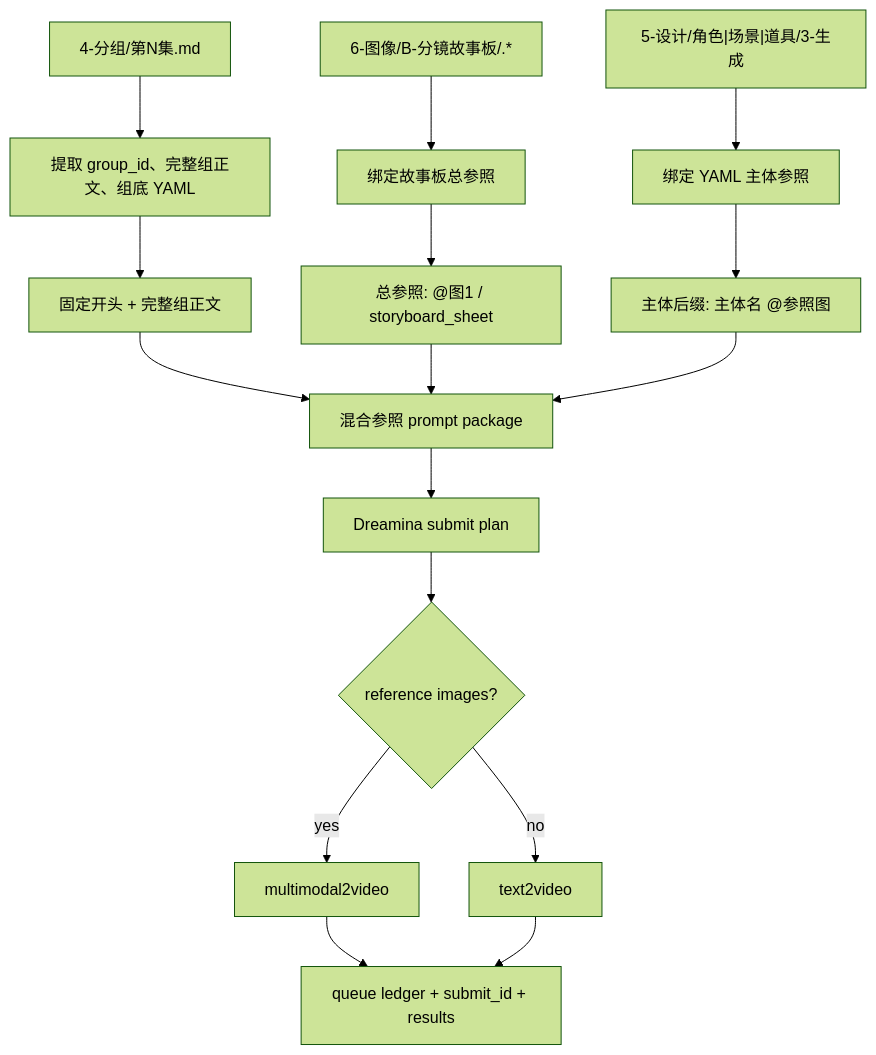
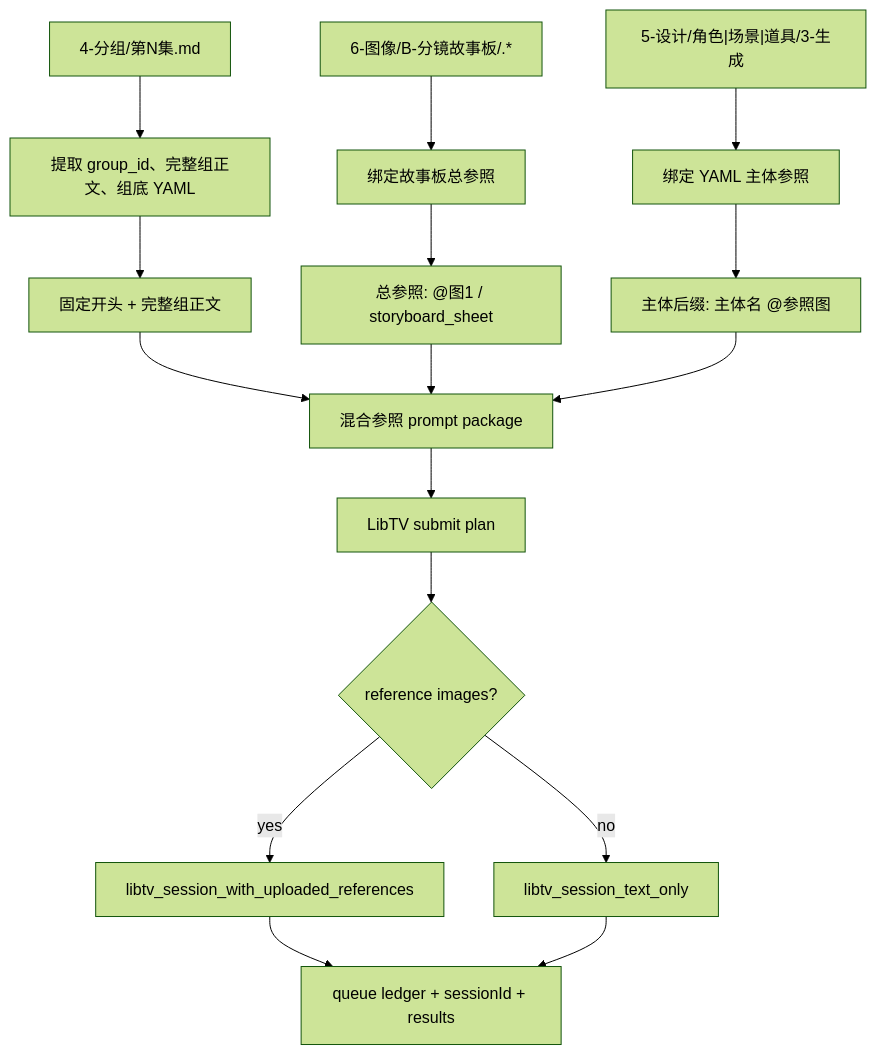
The diagram in .agents/skills/aigc/7-视频/D-主板混合参照/SKILL.md (ZEN-VOID/AI-CUT), drawn with Mermaid (forest theme) before and after one commit. The commit also changed other lines of this file and 173 other files, not shown here.

````diff
--- a/.agents/skills/aigc/7-视频/D-主板混合参照/SKILL.md
+++ b/.agents/skills/aigc/7-视频/D-主板混合参照/SKILL.md
@@ -99,18 +110,18 @@
 ```mermaid
 flowchart TD
     A["4-分组/第N集.md"] --> B["提取 group_id、完整组正文、组底 YAML"]
     C["6-图像/B-分镜故事板/<group_id>.*"] --> D["绑定故事板总参照"]
     E["5-设计/角色|场景|道具/3-生成"] --> F["绑定 YAML 主体参照"]
     B --> G["固定开头 + 完整组正文"]
     D --> H["总参照: @图1 / storyboard_sheet"]
     F --> I["主体后缀: 主体名 @参照图"]
     G --> J["混合参照 prompt package"]
     H --> J
     I --> J
-    J --> K["Dreamina submit plan"]
+    J --> K["LibTV submit plan"]
     K --> L{"reference images?"}
-    L -->|"yes"| M["multimodal2video"]
-    L -->|"no"| N["text2video"]
-    M --> O["queue ledger + submit_id + results"]
+    L -->|"yes"| M["libtv_session_with_uploaded_references"]
+    L -->|"no"| N["libtv_session_text_only"]
+    M --> O["queue ledger + sessionId + results"]
     N --> O
 ```
````
